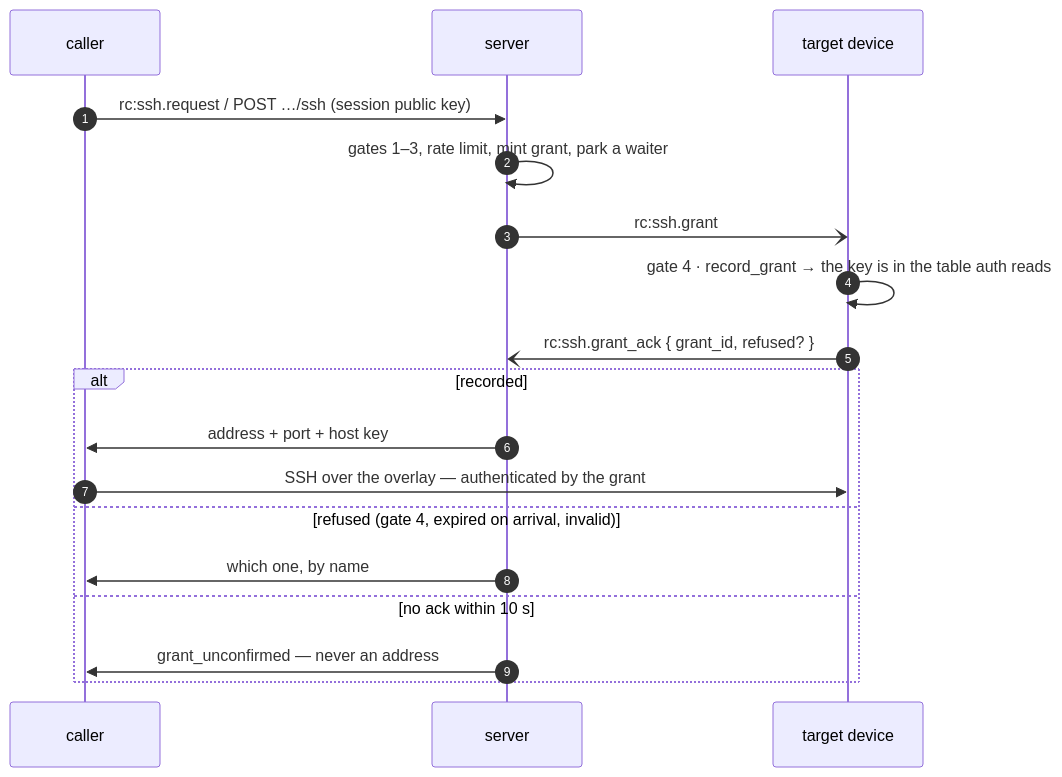
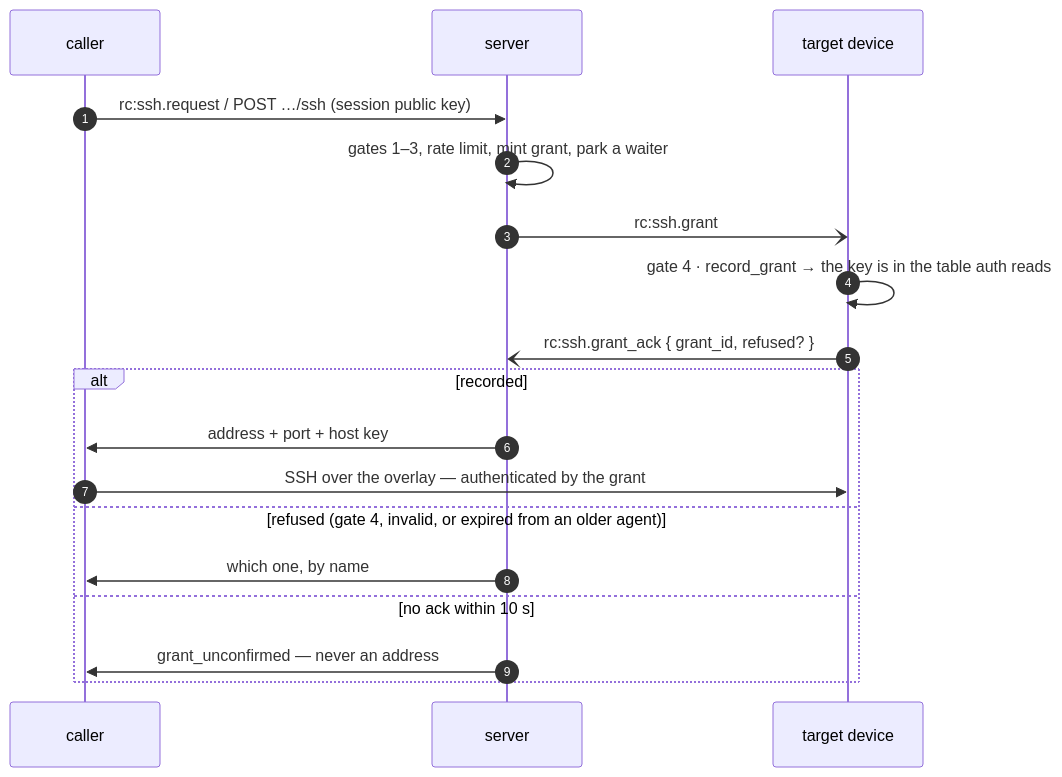
Before and after one commit to gjovanov/roomler-ai: the seventh of 8 diagrams in docs/roomler-ssh.md, drawn with Mermaid. The commit also changed other lines of this file and 23 other files, not shown here.

````diff
--- a/docs/roomler-ssh.md
+++ b/docs/roomler-ssh.md
@@ -915,20 +915,20 @@
 ```mermaid
 sequenceDiagram
     autonumber
     participant C as caller
     participant S as server
     participant D as target device
     C->>S: rc:ssh.request / POST …/ssh (session public key)
     S->>S: gates 1–3, rate limit, mint grant, park a waiter
     S-)D: rc:ssh.grant
     D->>D: gate 4 · record_grant → the key is in the table auth reads
     D-)S: rc:ssh.grant_ack { grant_id, refused? }
     alt recorded
         S->>C: address + port + host key
         C->>D: SSH over the overlay — authenticated by the grant
-    else refused (gate 4, expired on arrival, invalid)
+    else refused (gate 4, invalid, or expired from an older agent)
         S->>C: which one, by name
     else no ack within 10 s
         S->>C: grant_unconfirmed — never an address
     end
 ```
````
